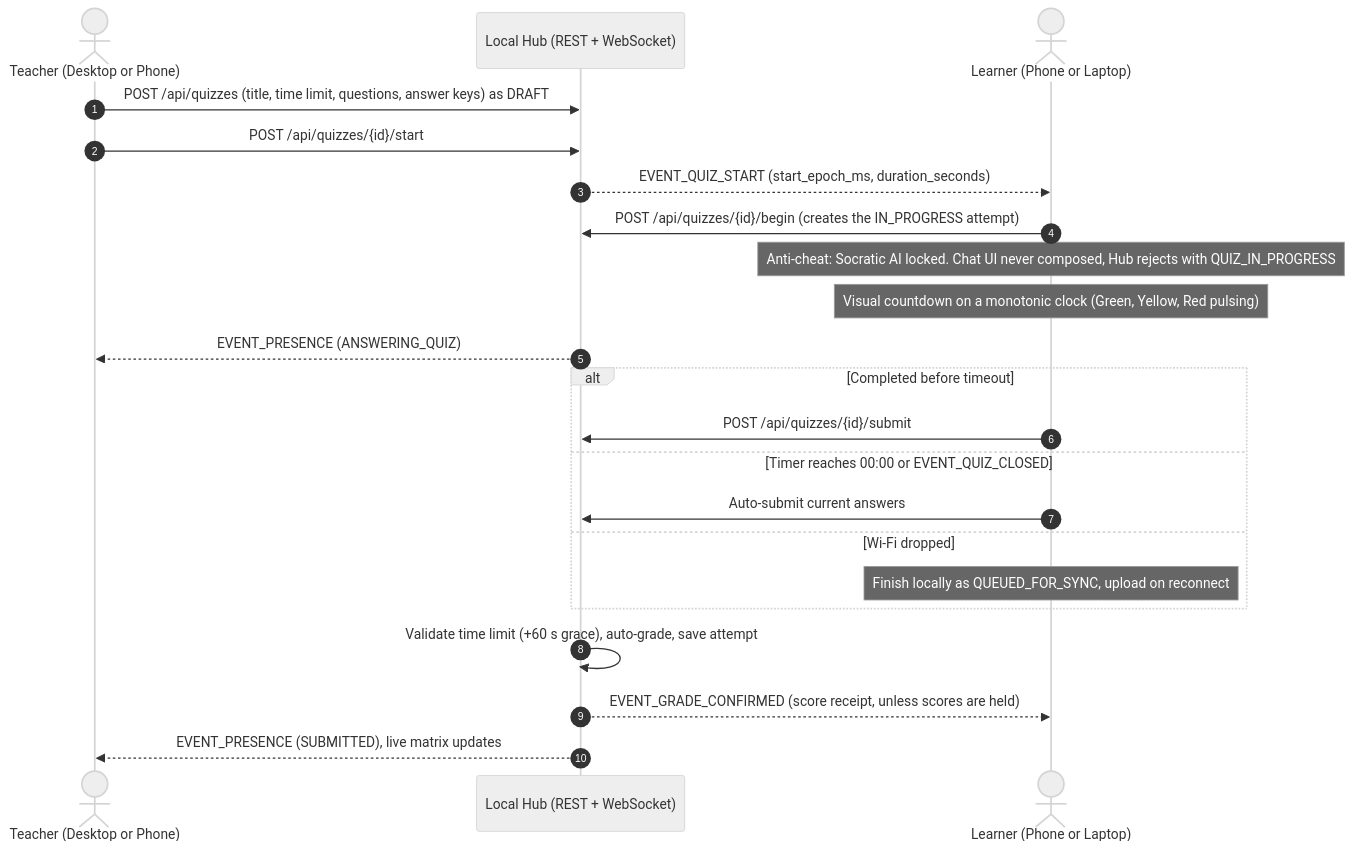
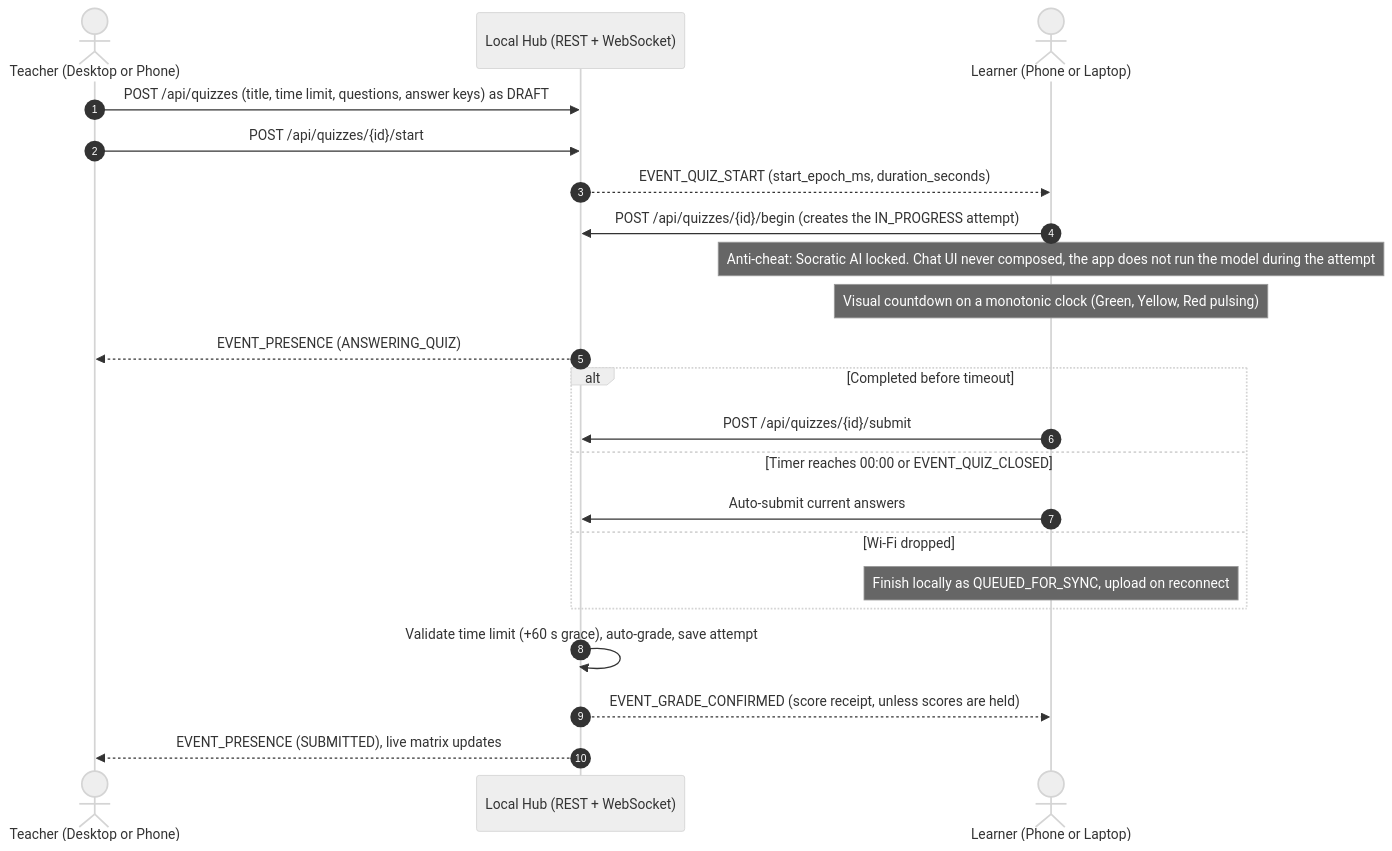
One commit to BootlegYouki/L.A.R.A changed the second of 5 diagrams in docs/PRD.md. Above: the diagram before and after it, drawn with Mermaid (neutral theme). The commit also changed other lines of this file and 37 other files, not shown here.

````diff
--- a/docs/PRD.md
+++ b/docs/PRD.md
@@ -170,25 +170,25 @@
 ```mermaid
 sequenceDiagram
  autonumber
  actor Teacher as Teacher (Desktop or Phone)
  participant Hub as Local Hub (REST + WebSocket)
  actor Learner as Learner (Phone or Laptop)
 
  Teacher->>Hub: POST /api/quizzes (title, time limit, questions, answer keys) as DRAFT
  Teacher->>Hub: POST /api/quizzes/{id}/start
  Hub-->>Learner: EVENT_QUIZ_START (start_epoch_ms, duration_seconds)
  Learner->>Hub: POST /api/quizzes/{id}/begin (creates the IN_PROGRESS attempt)
- Note over Learner: Anti-cheat: Socratic AI locked. Chat UI never composed, Hub rejects with QUIZ_IN_PROGRESS
+ Note over Learner: Anti-cheat: Socratic AI locked. Chat UI never composed, the app does not run the model during the attempt
  Note over Learner: Visual countdown on a monotonic clock (Green, Yellow, Red pulsing)
  Hub-->>Teacher: EVENT_PRESENCE (ANSWERING_QUIZ)
  alt Completed before timeout
  Learner->>Hub: POST /api/quizzes/{id}/submit
  else Timer reaches 00:00 or EVENT_QUIZ_CLOSED
  Learner->>Hub: Auto-submit current answers
  else Wi-Fi dropped
  Note over Learner: Finish locally as QUEUED_FOR_SYNC, upload on reconnect
  end
  Hub->>Hub: Validate time limit (+60 s grace), auto-grade, save attempt
  Hub-->>Learner: EVENT_GRADE_CONFIRMED (score receipt, unless scores are held)
  Hub-->>Teacher: EVENT_PRESENCE (SUBMITTED), live matrix updates
 ```
````
